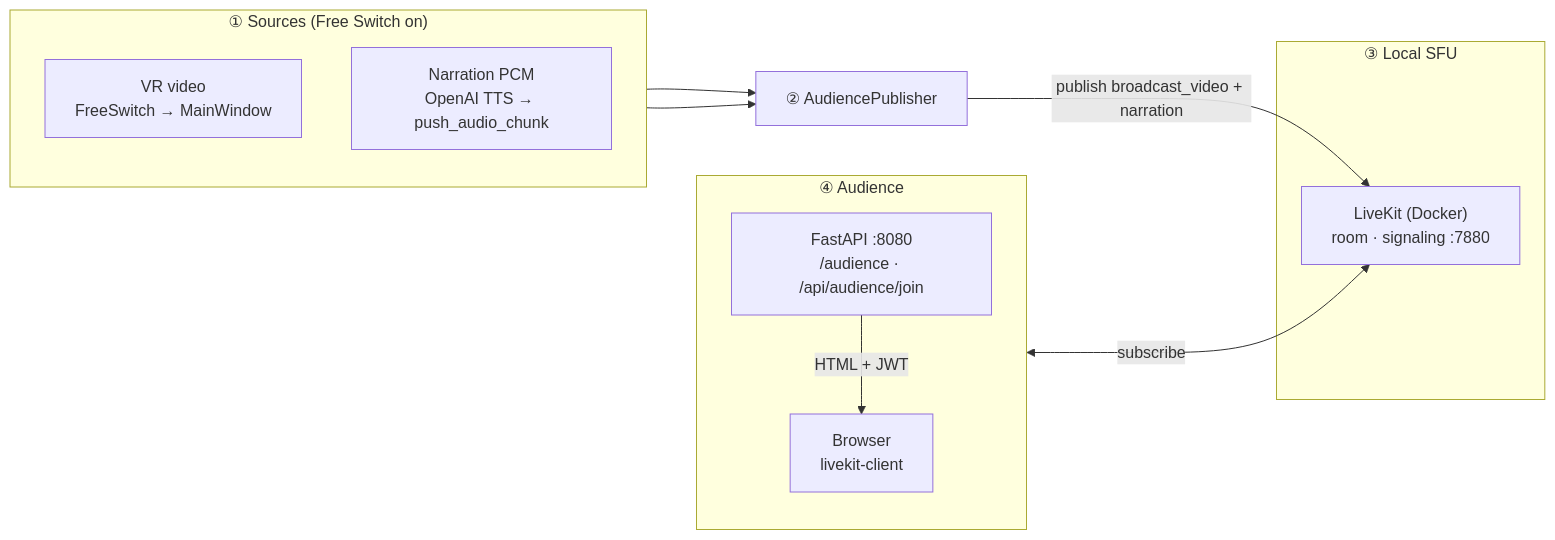
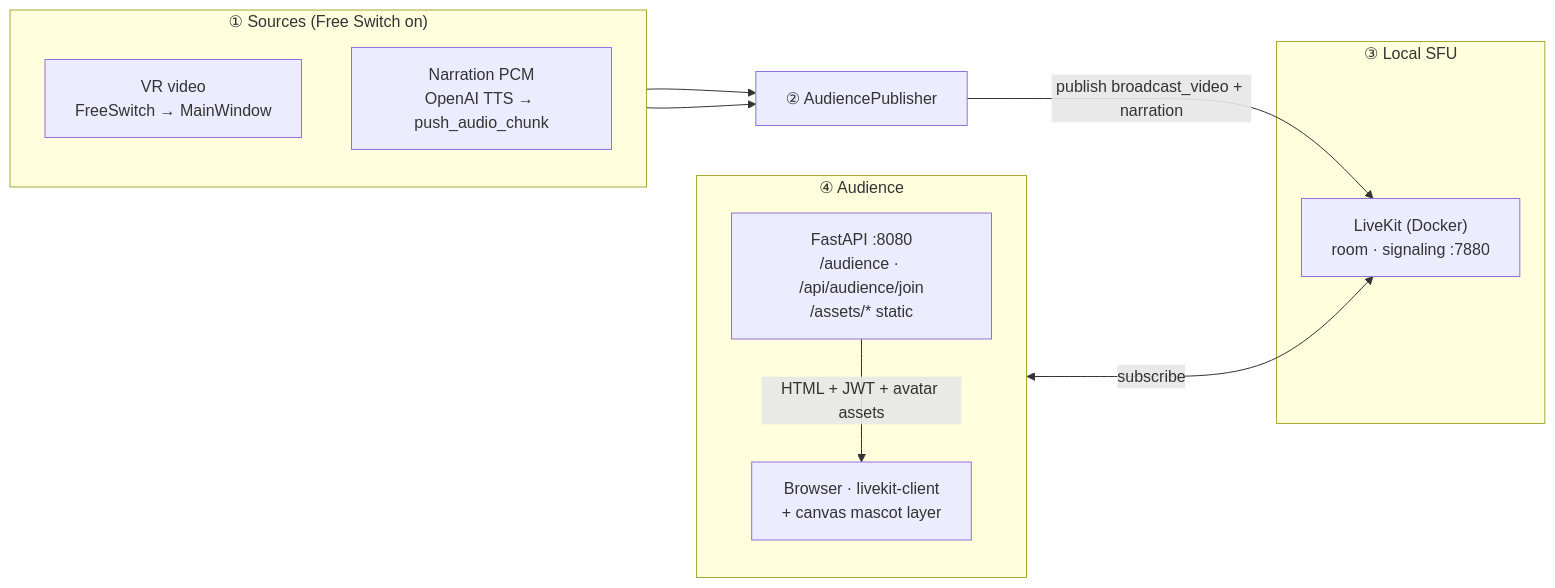
Before and after one commit to bolin35877766/miis_broadcast: the first of 2 diagrams in src/miis_broadcast/audience/README.md, drawn with Mermaid. The commit also changed other lines of this file and 2 other files, not shown here.

Commit message:
docs: sync README with VR-only LiveKit feed and browser mascot overlay

````diff
--- a/src/miis_broadcast/audience/README.md
+++ b/src/miis_broadcast/audience/README.md
@@ -28,26 +29,26 @@
 ```mermaid
 flowchart LR
   subgraph SRC["① Sources (Free Switch on)"]
     direction TB
     VR["VR video<br/>FreeSwitch → MainWindow"]
     PCM["Narration PCM<br/>OpenAI TTS → push_audio_chunk"]
   end
 
   PUB["② AudiencePublisher"]
 
   subgraph LOC["③ Local SFU"]
     LK["LiveKit (Docker)<br/>room · signaling :7880"]
   end
 
   subgraph AUD["④ Audience"]
     direction TB
-    HTTP["FastAPI :8080<br/>/audience · /api/audience/join"]
-    BR["Browser<br/>livekit-client"]
+    HTTP["FastAPI :8080<br/>/audience · /api/audience/join<br/>/assets/* static"]
+    BR["Browser · livekit-client<br/>+ canvas mascot layer"]
   end
 
   VR --> PUB
   PCM --> PUB
   PUB -->|"publish broadcast_video + narration"| LK
-  HTTP -->|"HTML + JWT"| BR
+  HTTP -->|"HTML + JWT + avatar assets"| BR
   BR <-->|"subscribe"| LK
 ```
````
